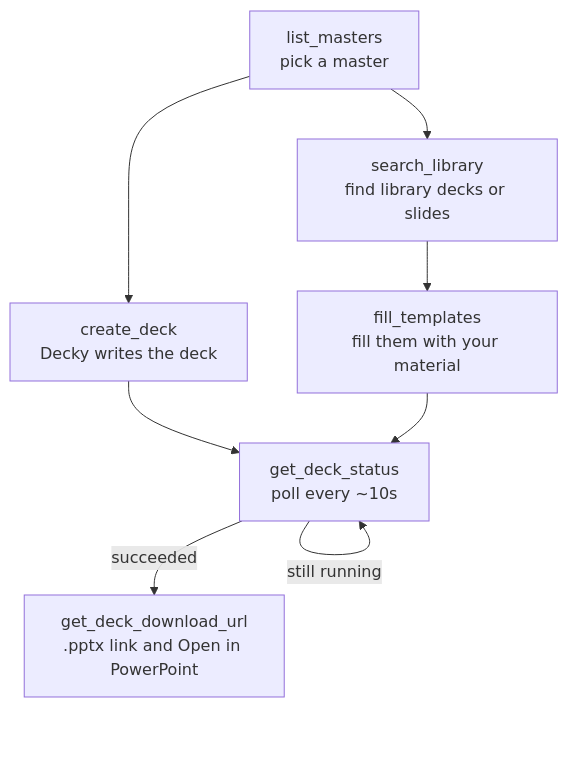
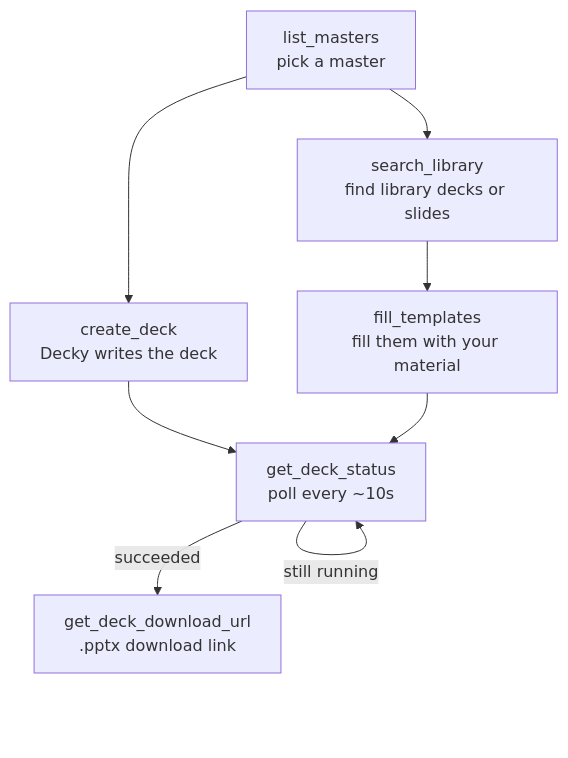
Before and after one commit to M-Nitsche/decky-docs: the diagram in tools/index.mdx, drawn with Mermaid. The commit also changed 6 other files, not shown here.

First line of the commit message:
docs: remove Open in PowerPoint from the deck card and get_deck_download_url (#4)

````diff
--- a/tools/index.mdx
+++ b/tools/index.mdx
@@ -16,10 +16,10 @@
 ```mermaid
 flowchart TD
     A[list_masters<br/>pick a master] --> B[create_deck<br/>Decky writes the deck]
     A --> L[search_library<br/>find library decks or slides]
     L --> F[fill_templates<br/>fill them with your material]
     B --> C[get_deck_status<br/>poll every ~10s]
     F --> C
-    C -->|succeeded| D[get_deck_download_url<br/>.pptx link and Open in PowerPoint]
+    C -->|succeeded| D[get_deck_download_url<br/>.pptx download link]
     C -->|still running| C
 ```
````
